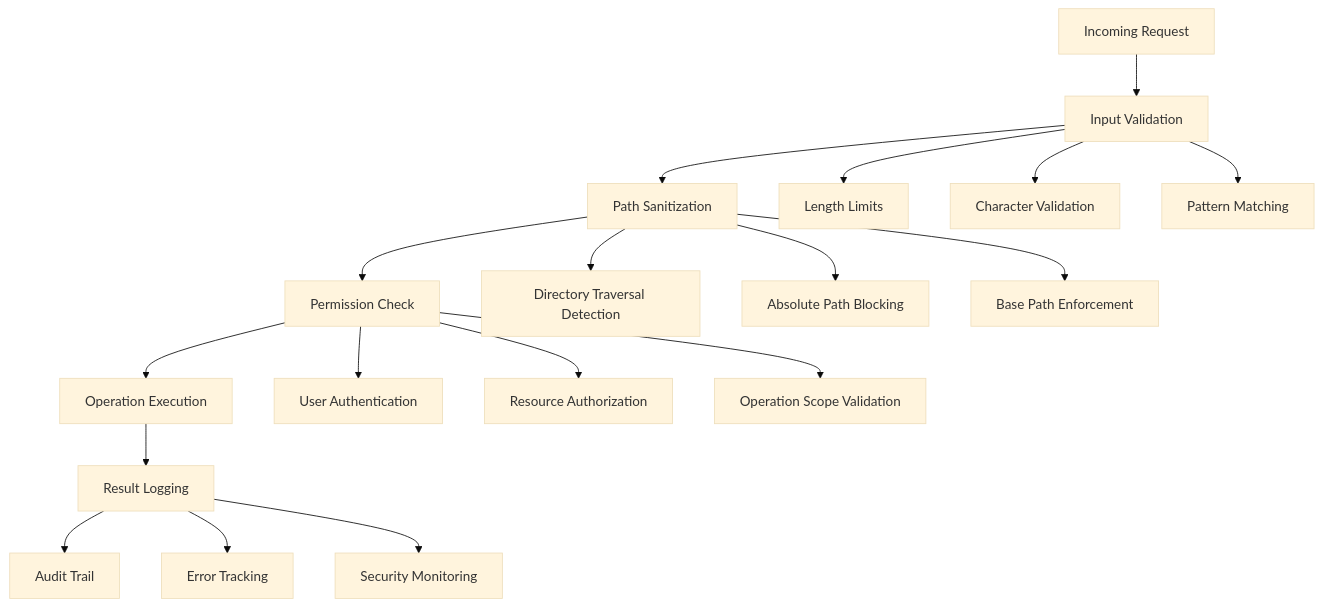
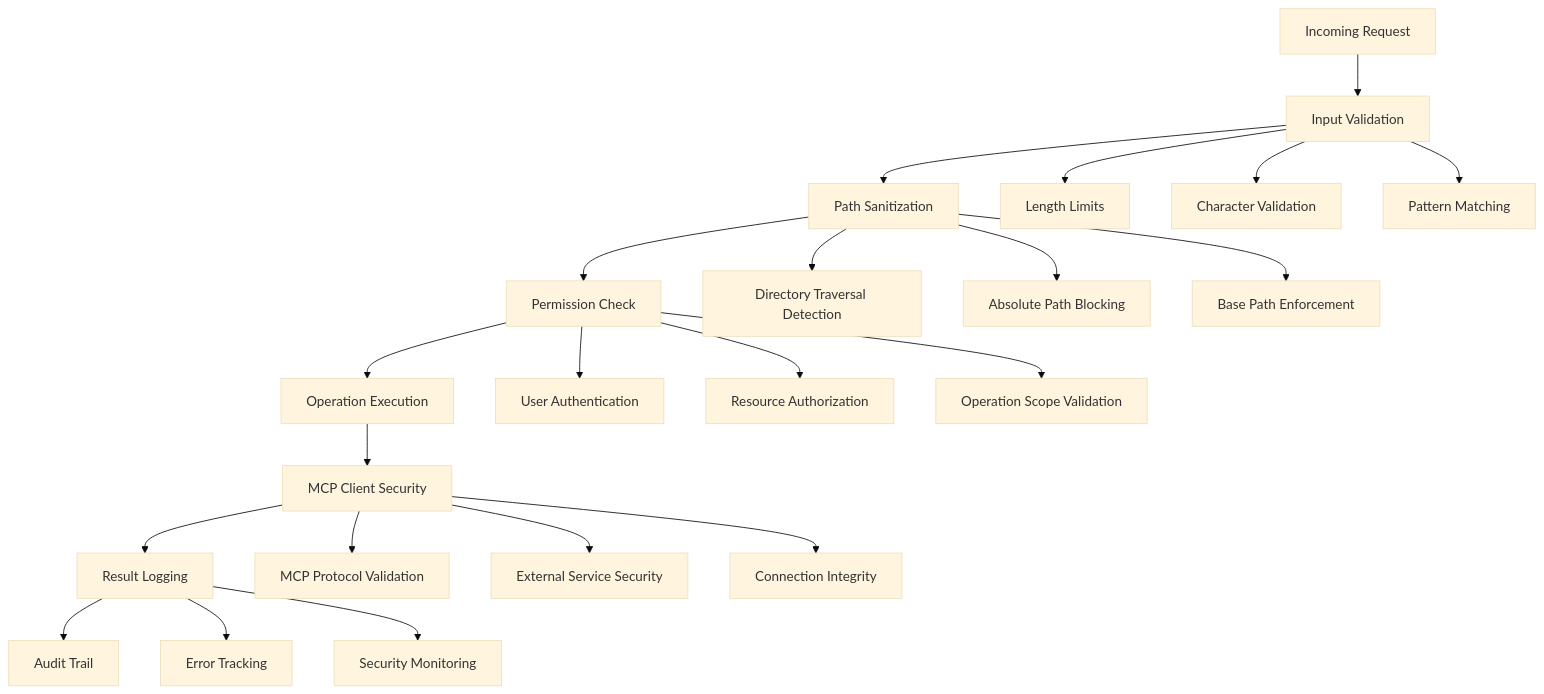
The fourth of 4 diagrams in .qoder/repowiki/en/content/Agent Development Workflow/Project Creation Workflow.md (siimliimand/laravel-assistant), drawn with Mermaid (base theme) before and after one commit. The commit also changed other lines of this file and 3 other files, not shown here.

First line of the commit message:
feat(project-creation): integrate MCP client for enhanced project creation workflow

````diff
--- a/.qoder/repowiki/en/content/Agent Development Workflow/Project Creation Workflow.md
+++ b/.qoder/repowiki/en/content/Agent Development Workflow/Project Creation Workflow.md
@@ -313,20 +369,24 @@
 ```mermaid
 flowchart TD
 A["Incoming Request"] --> B["Input Validation"]
 B --> C["Path Sanitization"]
 C --> D["Permission Check"]
 D --> E["Operation Execution"]
-E --> F["Result Logging"]
+E --> F["MCP Client Security"]
+F --> G["Result Logging"]
 B --> B1["Length Limits"]
 B --> B2["Character Validation"]
 B --> B3["Pattern Matching"]
 C --> C1["Directory Traversal Detection"]
 C --> C2["Absolute Path Blocking"]
 C --> C3["Base Path Enforcement"]
 D --> D1["User Authentication"]
 D --> D2["Resource Authorization"]
 D --> D3["Operation Scope Validation"]
-F --> F1["Audit Trail"]
-F --> F2["Error Tracking"]
-F --> F3["Security Monitoring"]
+F --> F1["MCP Protocol Validation"]
+F --> F2["External Service Security"]
+F --> F3["Connection Integrity"]
+G --> G1["Audit Trail"]
+G --> G2["Error Tracking"]
+G --> G3["Security Monitoring"]
 ```
````
